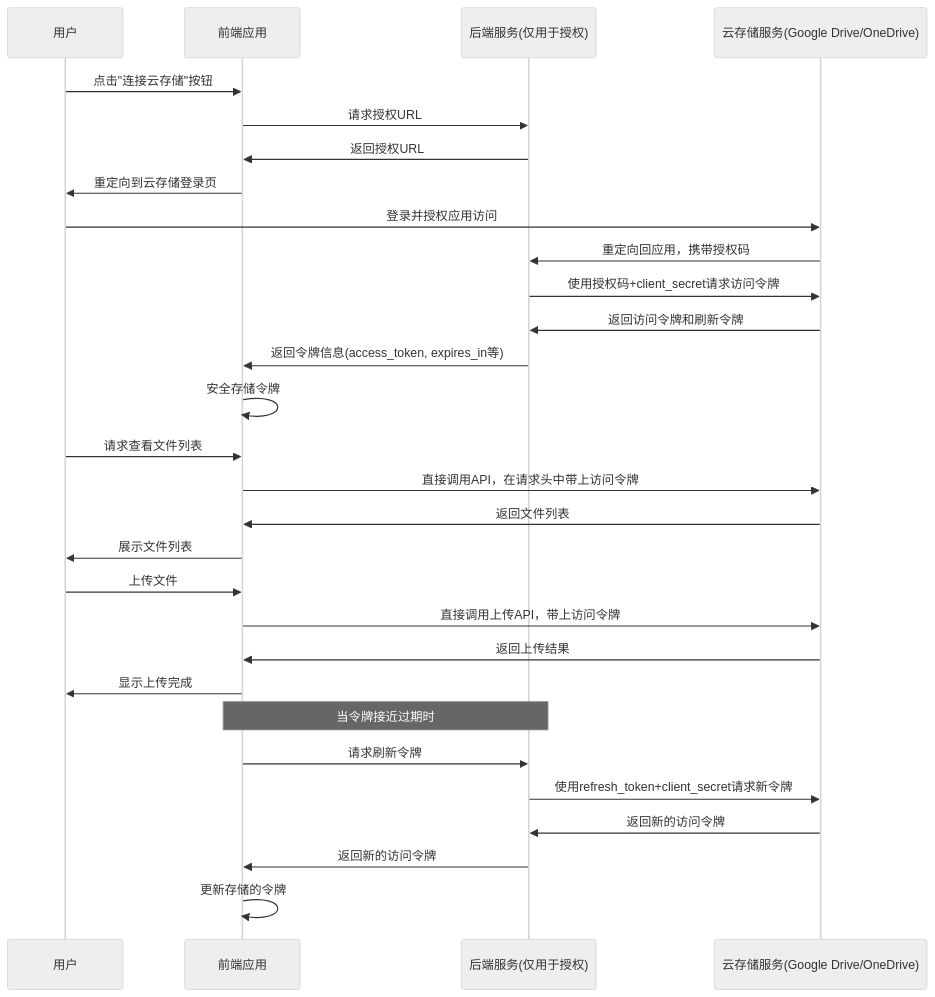
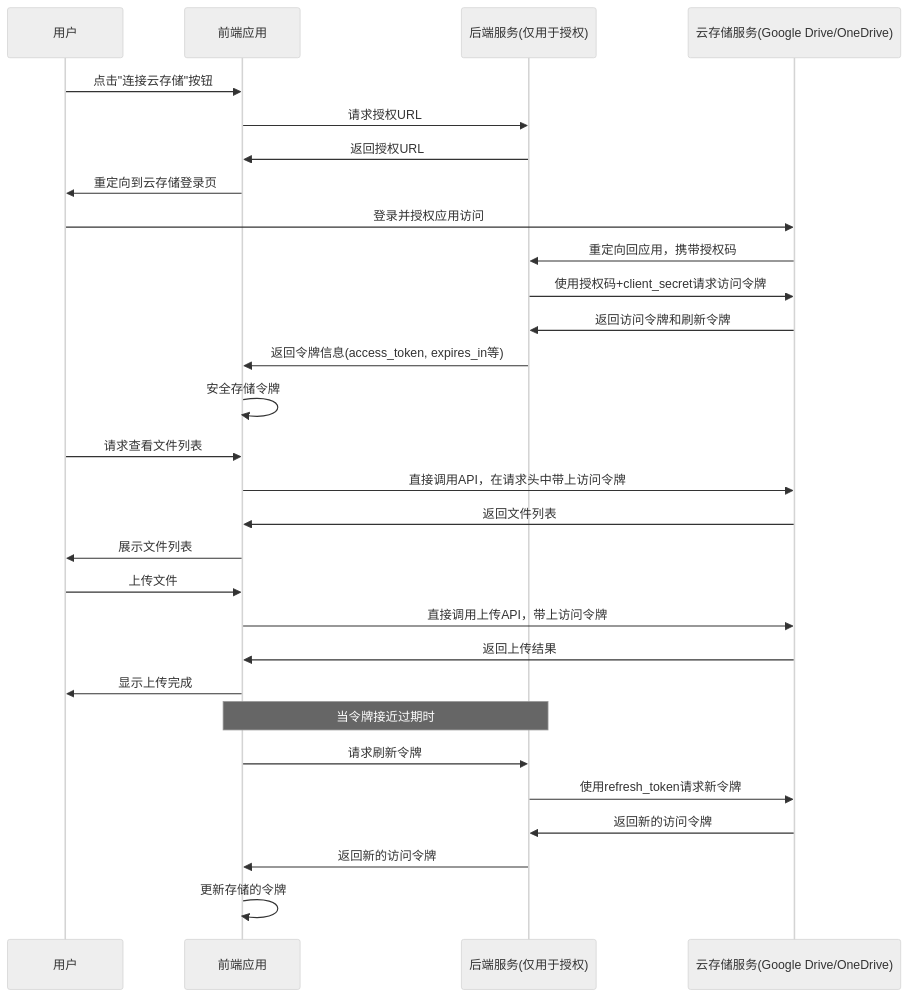
One commit to yingjianzh/iodraw-files changed the diagram in all/未命名-40.md. Above: the diagram before and after it, drawn with Mermaid (neutral theme).

Commit message:
2025-04-23 16:07:19 update

````diff
--- a/all/未命名-40.md
+++ b/all/未命名-40.md
@@ -1,42 +1,42 @@
 ```mermaid
 
 sequenceDiagram
     participant 用户
     participant 前端 as 前端应用
     participant 后端 as 后端服务(仅用于授权)
     participant 云存储 as 云存储服务(Google Drive/OneDrive)
 
 
     %% 授权阶段 - 需要后端配合
     用户->>前端: 点击"连接云存储"按钮
     前端->>后端: 请求授权URL
     后端->>前端: 返回授权URL
     前端->>用户: 重定向到云存储登录页
     用户->>云存储: 登录并授权应用访问
     云存储->>后端: 重定向回应用，携带授权码
     后端->>云存储: 使用授权码+client_secret请求访问令牌
     云存储->>后端: 返回访问令牌和刷新令牌
     后端->>前端: 返回令牌信息(access_token, expires_in等)
     前端->>前端: 安全存储令牌
 
     %% 使用阶段 - 前端直接调用云存储API
     用户->>前端: 请求查看文件列表
     前端->>云存储: 直接调用API，在请求头中带上访问令牌
     云存储->>前端: 返回文件列表
     前端->>用户: 展示文件列表
 
     %% 上传文件
     用户->>前端: 上传文件
     前端->>云存储: 直接调用上传API，带上访问令牌
     云存储->>前端: 返回上传结果
     前端->>用户: 显示上传完成
 
     %% 令牌刷新 - 仍需后端配合
     note over 前端,后端: 当令牌接近过期时
     前端->>后端: 请求刷新令牌
-    后端->>云存储: 使用refresh_token+client_secret请求新令牌
+    后端->>云存储: 使用refresh_token请求新令牌
     云存储->>后端: 返回新的访问令牌
     后端->>前端: 返回新的访问令牌
     前端->>前端: 更新存储的令牌
 
 ```
````
